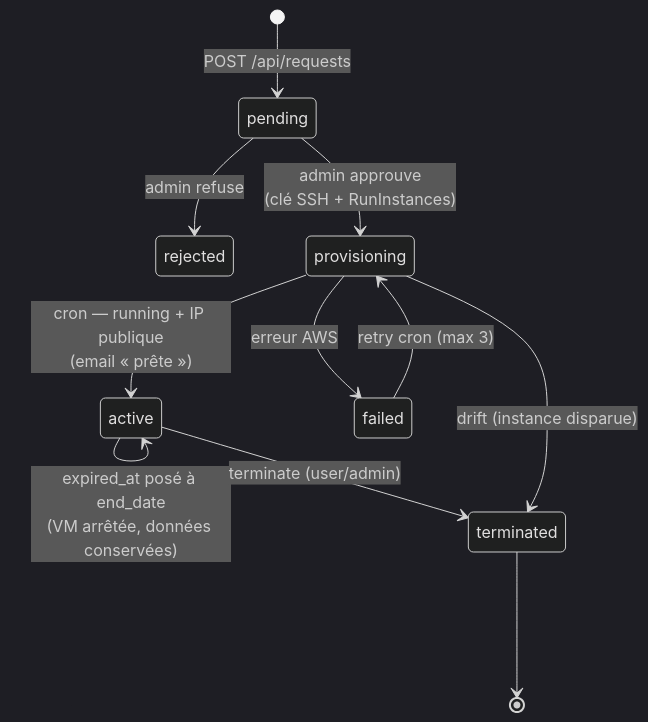
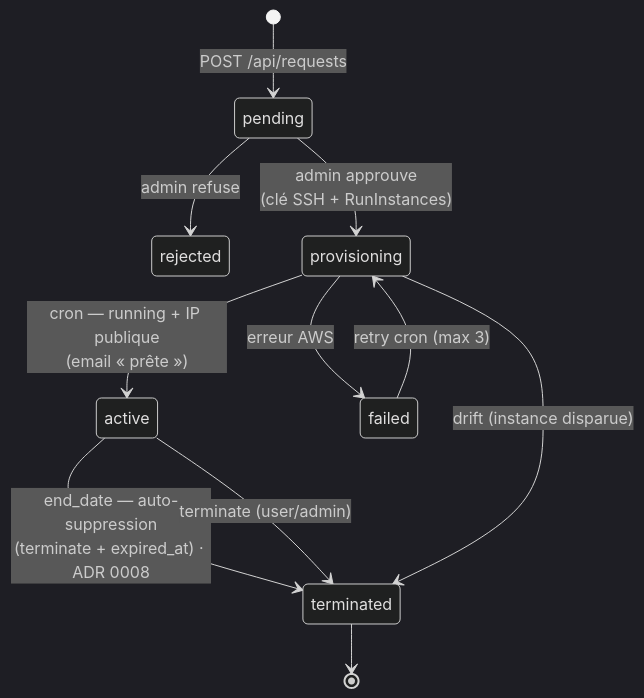
Before and after one commit to Thomas-TP/GIT-VM-Azure: the third of 5 diagrams in docs/ARCHITECTURE.md, drawn with Mermaid (dark theme). The commit also changed other lines of this file and 17 other files, not shown here.

First line of the commit message:
feat: calendrier, suppression auto à l'échéance, admin pro + Windows poste de travail

````diff
--- a/docs/ARCHITECTURE.md
+++ b/docs/ARCHITECTURE.md
@@ -74,13 +74,13 @@
 ```mermaid
 stateDiagram-v2
     [*] --> pending: POST /api/requests
     pending --> rejected: admin refuse
     pending --> provisioning: admin approuve<br/>(clé SSH + RunInstances)
     provisioning --> active: cron — running + IP publique<br/>(email « prête »)
     provisioning --> failed: erreur AWS
     failed --> provisioning: retry cron (max 3)
-    active --> active: expired_at posé à end_date<br/>(VM arrêtée, données conservées)
+    active --> terminated: end_date — auto-suppression<br/>(terminate + expired_at) · ADR 0008
     active --> terminated: terminate (user/admin)
     provisioning --> terminated: drift (instance disparue)
     terminated --> [*]
 ```
````
